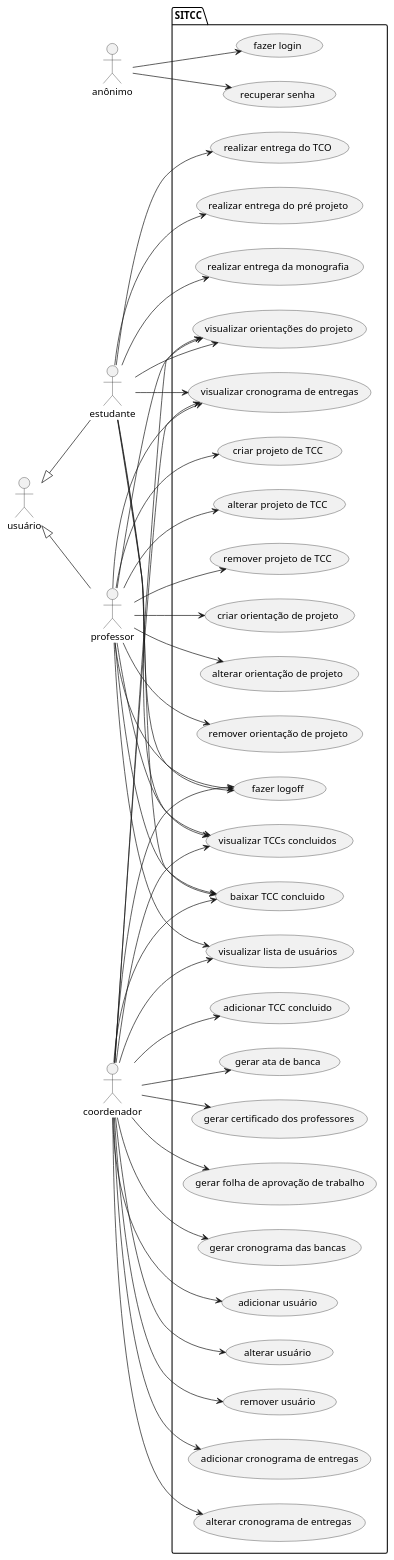
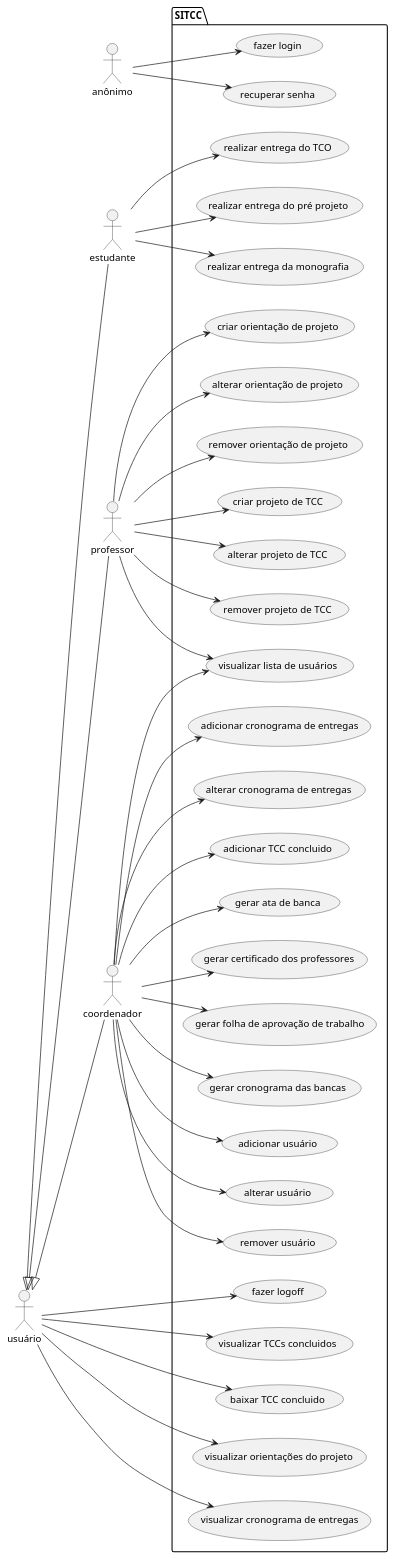
Before and after one commit to EngProjTCC/SITCC: the diagram in reqs.md, drawn with PlantUML.

````diff
--- a/reqs.md
+++ b/reqs.md
@@ -21,82 +21,73 @@
 ```plantuml
 @startuml
 left to right direction
 actor anônimo as a
 actor usuário as u
 actor estudante as e
 actor professor as p
 actor coordenador as c
 
 u <|-- e
 u <|-- p
+u <|-- c
 
 package SITCC {
   usecase "recuperar senha" as UC1
   usecase "fazer login" as UC2
   usecase "fazer logoff" as UC3
   usecase "visualizar TCCs concluidos" as UC4
   usecase "baixar TCC concluido" as UC5
   usecase "visualizar orientações do projeto" as UC6
   usecase "visualizar cronograma de entregas" as UC7
   usecase "realizar entrega do TCO" as UC8
   usecase "realizar entrega do pré projeto" as UC9
   usecase "realizar entrega da monografia" as UC10
   usecase "criar projeto de TCC" as UC11  
   usecase "alterar projeto de TCC" as UC12
   usecase "remover projeto de TCC" as UC13
   usecase "criar orientação de projeto" as UC14
   usecase "alterar orientação de projeto" as UC15
   usecase "remover orientação de projeto" as UC16
   usecase "visualizar lista de usuários" as UC17
   usecase "adicionar usuário" as UC18
   usecase "alterar usuário" as UC19
   usecase "remover usuário" as UC20
   usecase "adicionar cronograma de entregas" as UC21
   usecase "alterar cronograma de entregas" as UC22
   usecase "adicionar TCC concluido" as UC23
   usecase "gerar ata de banca" as UC24
   usecase "gerar certificado dos professores" as UC25
   usecase "gerar folha de aprovação de trabalho" as UC26
   usecase "gerar cronograma das bancas" as UC27
   
 }
 a --> UC1
 a --> UC2
-e --> UC3
-e --> UC4
-e --> UC5
-e --> UC6
-e --> UC7
+u --> UC3
+u --> UC4
+u --> UC5
+u --> UC6
+u --> UC7
 e --> UC8
 e --> UC9
 e --> UC10
-p --> UC3
-p --> UC4
-p --> UC5
-p --> UC6
-p --> UC7
 p --> UC11
 p --> UC12
 p --> UC13
 p --> UC14
 p --> UC15
 p --> UC16
 p --> UC17
-c --> UC3
-c --> UC4
-c --> UC5
-c --> UC6
-c --> UC7
 c --> UC17
 c --> UC18
 c --> UC19
 c --> UC20
 c --> UC21
 c --> UC22
 c --> UC23
 c --> UC24
 c --> UC25
 c --> UC26
 c --> UC27
 @enduml
 ```
````
